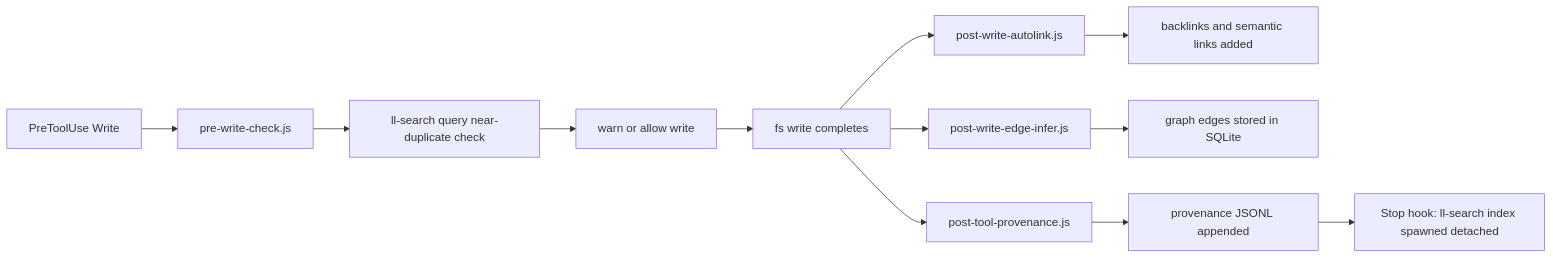
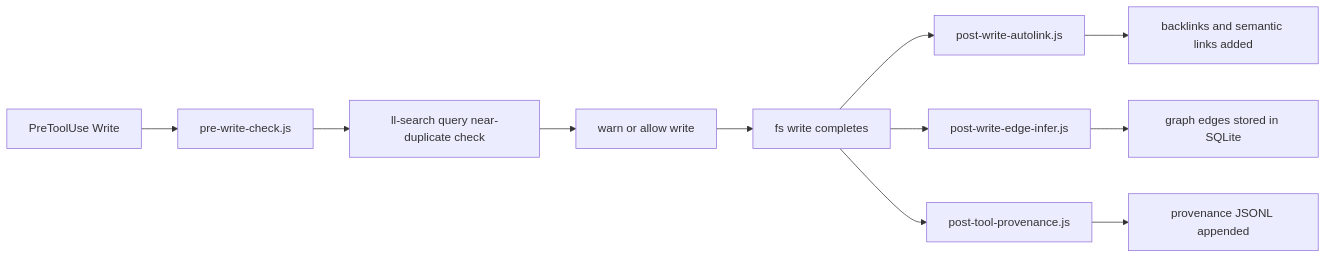
Before and after one commit to robinslange/learning-loop: the second of 3 diagrams in ARCHITECTURE.md, drawn with Mermaid. The commit also changed other lines of this file and 3 other files, not shown here.

````diff
--- a/ARCHITECTURE.md
+++ b/ARCHITECTURE.md
@@ -89,14 +89,13 @@
 ```mermaid
 flowchart LR
   A[PreToolUse Write] --> B[pre-write-check.js]
   B --> C[ll-search query near-duplicate check]
   C --> D[warn or allow write]
   D --> E[fs write completes]
   E --> F[post-write-autolink.js]
   E --> G[post-write-edge-infer.js]
   E --> H[post-tool-provenance.js]
   F --> I[backlinks and semantic links added]
   G --> J[graph edges stored in SQLite]
   H --> K[provenance JSONL appended]
-  K --> L[Stop hook: ll-search index spawned detached]
 ```
````
